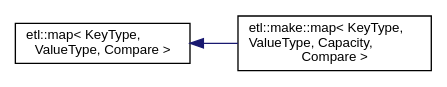
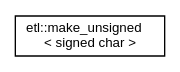
Before and after one commit to tobanteAudio/taetl: the diagram in inherit_graph_36.dot, drawn with Graphviz. The commit also changed 127 other files, not shown here.

```diff
--- a/inherit_graph_36.dot
+++ b/inherit_graph_36.dot
@@ -1,9 +1,7 @@
 digraph "Graphical Class Hierarchy"
 {
   edge [fontname="Helvetica",fontsize="10",labelfontname="Helvetica",labelfontsize="10"];
   node [fontname="Helvetica",fontsize="10",shape=record];
   rankdir="LR";
-  Node0 [label="etl::map\< KeyType,\l ValueType, Compare \>",height=0.2,width=0.4,color="black", fillcolor="white", style="filled",URL="$classetl_1_1map.html"];
-  Node0 -> Node1 [dir="back",color="midnightblue",fontsize="10",style="solid",fontname="Helvetica"];
-  Node1 [label="etl::make::map\< KeyType,\l ValueType, Capacity,\l Compare \>",height=0.2,width=0.4,color="black", fillcolor="white", style="filled",URL="$classetl_1_1make_1_1map.html"];
+  Node0 [label="etl::make_unsigned\l\< signed char \>",height=0.2,width=0.4,color="black", fillcolor="white", style="filled",URL="$structetl_1_1make__unsigned_3_01signed_01char_01_4.html"];
 }
```
